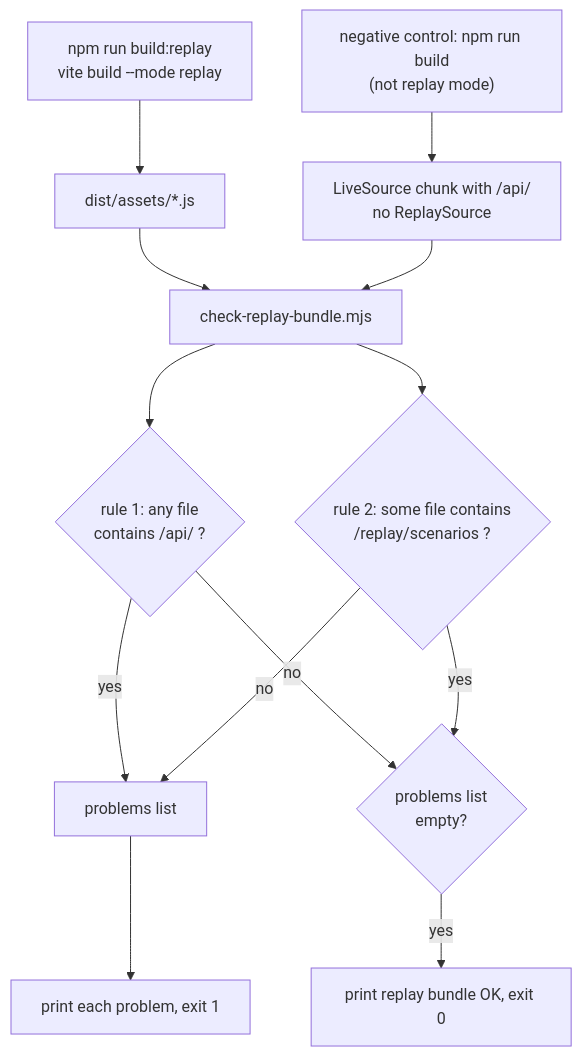
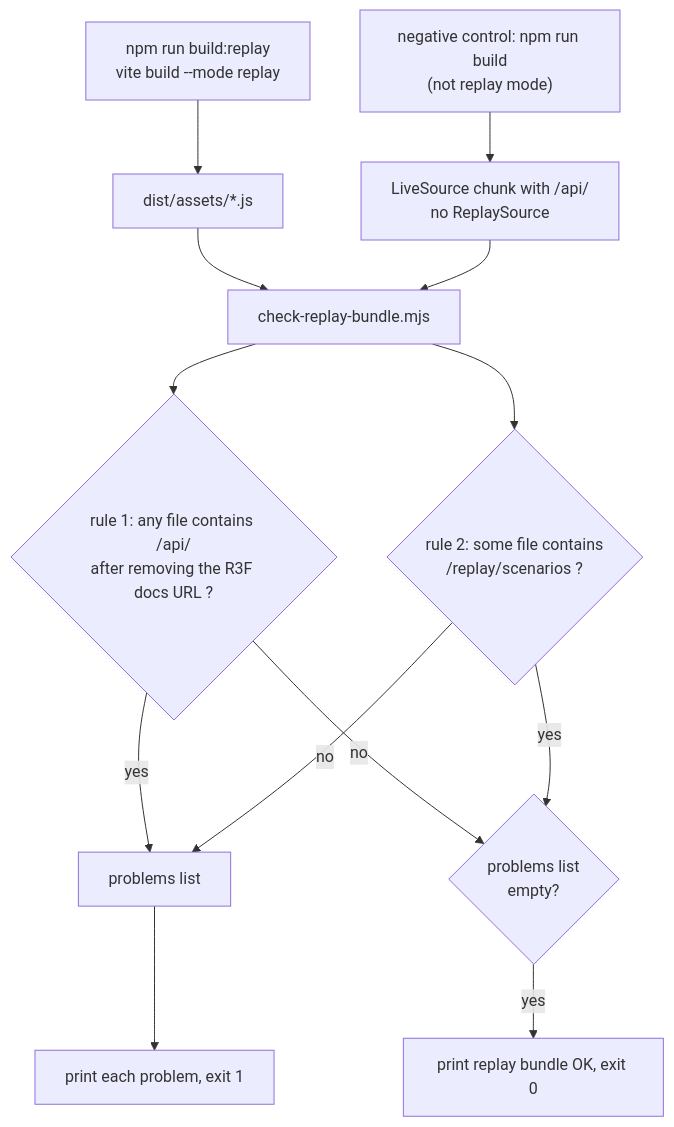
The eighth of 8 diagrams in docs/reference/DATA_LAYER.md (Nagdy8888/PlumeTrace), drawn with Mermaid before and after one commit. The commit also changed other lines of this file and 51 other files, not shown here.

````diff
--- a/docs/reference/DATA_LAYER.md
+++ b/docs/reference/DATA_LAYER.md
@@ -347,15 +347,15 @@
 ```mermaid
 flowchart TD
     B1["npm run build:replay<br/>vite build --mode replay"] --> D1["dist/assets/*.js"]
     B2["negative control: npm run build<br/>(not replay mode)"] --> D2["LiveSource chunk with /api/<br/>no ReplaySource"]
     D1 --> K["check-replay-bundle.mjs"]
     D2 --> K
-    K --> R1{"rule 1: any file<br/>contains /api/ ?"}
+    K --> R1{"rule 1: any file contains /api/<br/>after removing the R3F docs URL ?"}
     K --> R2{"rule 2: some file contains<br/>/replay/scenarios ?"}
     R1 -->|"yes"| P["problems list"]
     R2 -->|"no"| P
     R1 -->|"no"| OK{"problems list<br/>empty?"}
     R2 -->|"yes"| OK
     P --> F["print each problem, exit 1"]
     OK -->|"yes"| Pass["print replay bundle OK, exit 0"]
 ```
````
